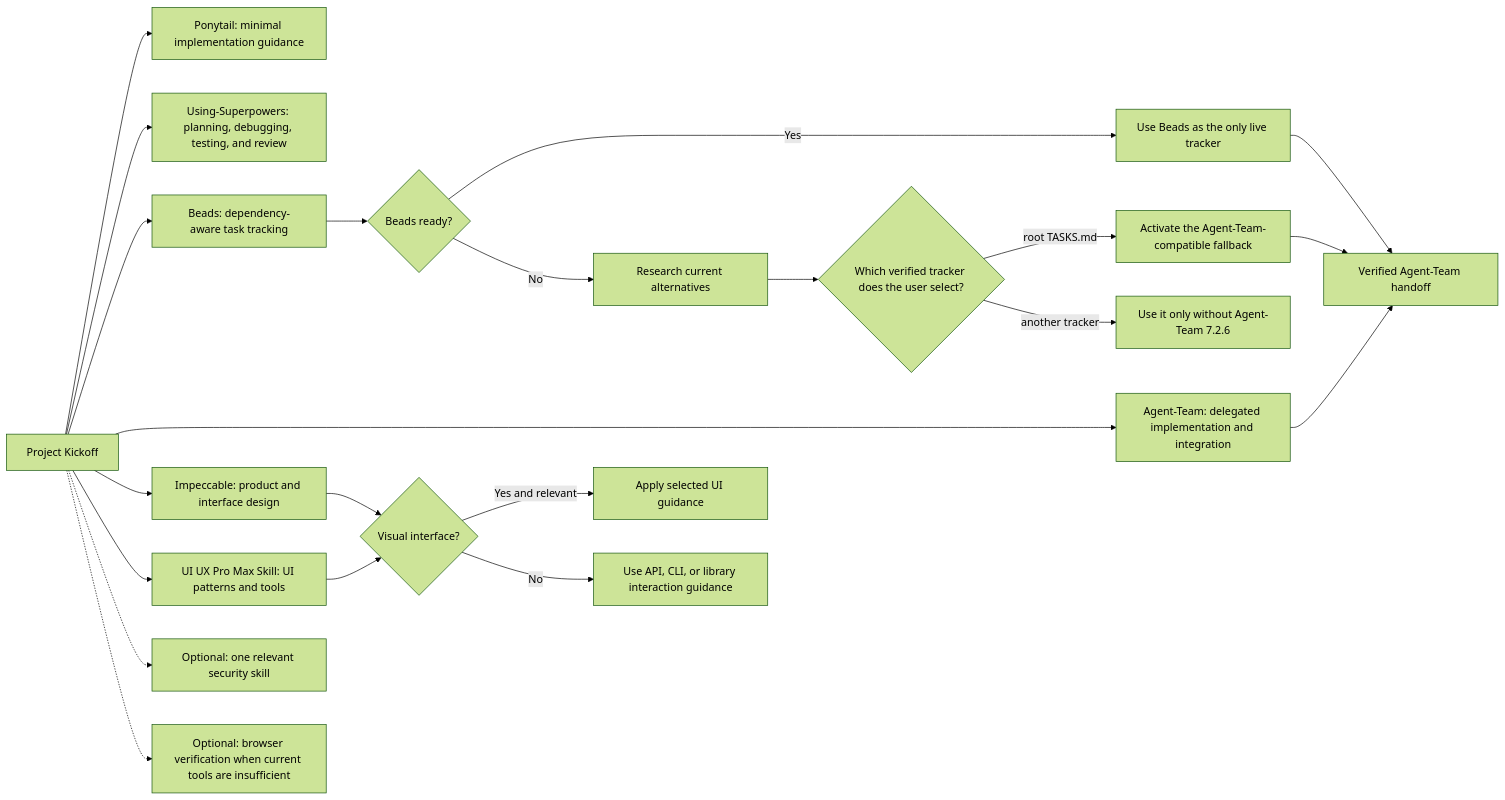
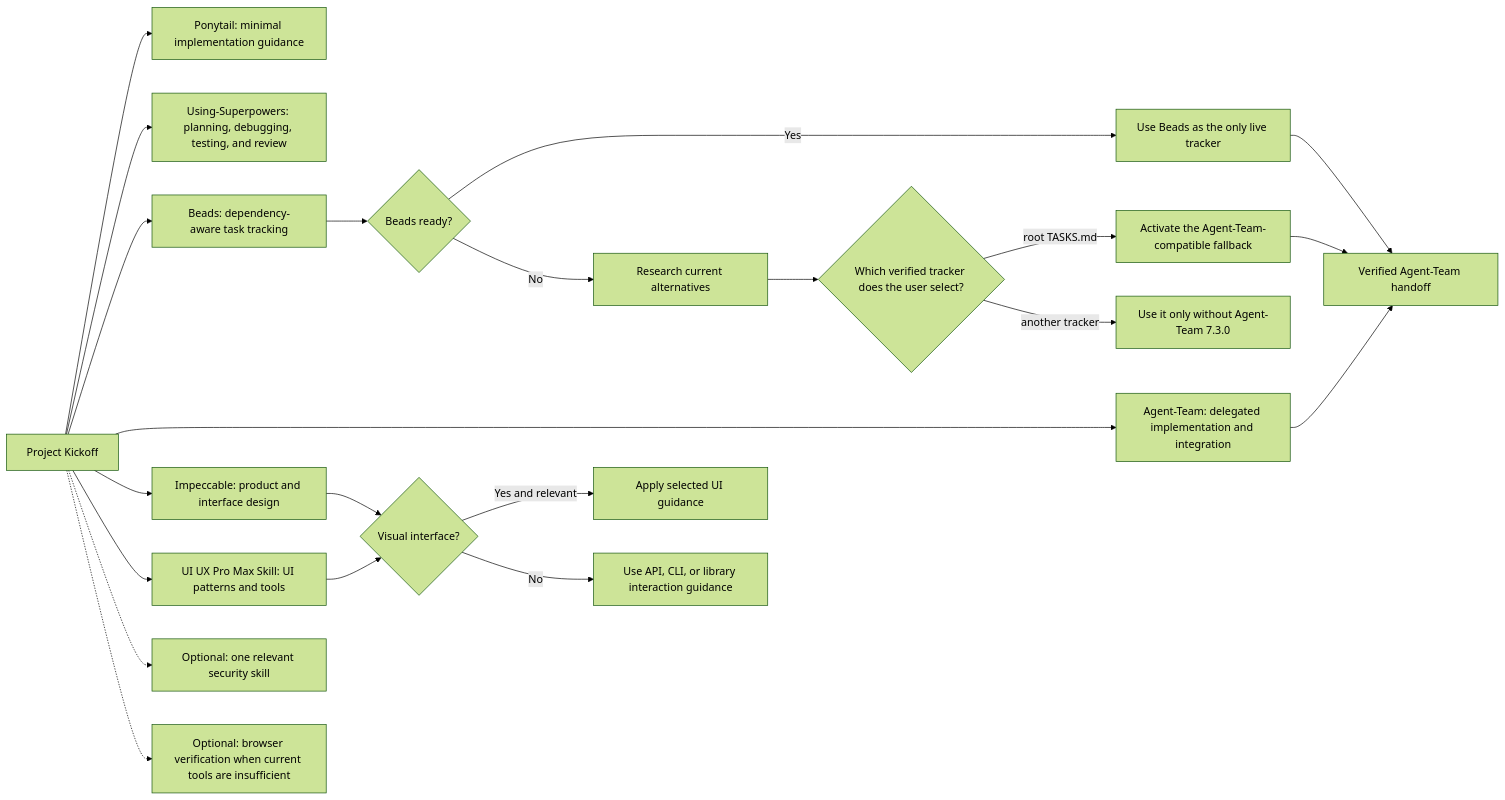
The second of 2 diagrams in README.md (thebpandey/project-kickoff), drawn with Mermaid (forest theme) before and after one commit. The commit also changed other lines of this file and 11 other files, not shown here.

Commit message:
feat: align Project Kickoff 0.5.0 with Agent-Team lanes

````diff
--- a/README.md
+++ b/README.md
@@ -156,27 +156,27 @@
 ```mermaid
 flowchart LR
     PK["Project Kickoff"] --> P["Ponytail: minimal implementation guidance"]
     PK --> S["Using-Superpowers: planning, debugging, testing, and review"]
     PK --> B["Beads: dependency-aware task tracking"]
     PK --> A["Agent-Team: delegated implementation and integration"]
     PK --> I["Impeccable: product and interface design"]
     PK --> UI["UI UX Pro Max Skill: UI patterns and tools"]
 
     B --> BR{"Beads ready?"}
     BR -->|Yes| BT["Use Beads as the only live tracker"]
     BR -->|No| RESEARCH["Research current alternatives"]
     RESEARCH --> USER{"Which verified tracker does the user select?"}
     USER -->|root TASKS.md| FT["Activate the Agent-Team-compatible fallback"]
-    USER -->|another tracker| NAT["Use it only without Agent-Team 7.2.6"]
+    USER -->|another tracker| NAT["Use it only without Agent-Team 7.3.0"]
 
     I --> VIS{"Visual interface?"}
     UI --> VIS
     VIS -->|Yes and relevant| DESIGN["Apply selected UI guidance"]
     VIS -->|No| NONVIS["Use API, CLI, or library interaction guidance"]
 
     PK -.-> SEC["Optional: one relevant security skill"]
     PK -.-> BROWSER["Optional: browser verification when current tools are insufficient"]
     BT --> HANDOFF["Verified Agent-Team handoff"]
     FT --> HANDOFF
     A --> HANDOFF
 ```
````
